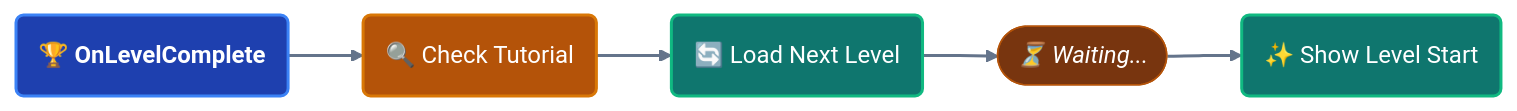
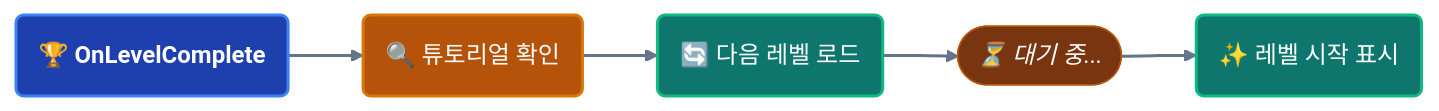
One commit to tinygiants-tech/TinyGiants changed the sixth of 6 diagrams in i18n/ko/docusaurus-plugin-content-docs/current/game-event-system/flow-graph/game-event-node-behavior.md. Above: the diagram before and after it, drawn with Mermaid. The commit also changed other lines of this file and 81 other files, not shown here.

````diff
--- a/i18n/ko/docusaurus-plugin-content-docs/current/game-event-system/flow-graph/game-event-node-behavior.md
+++ b/i18n/ko/docusaurus-plugin-content-docs/current/game-event-system/flow-graph/game-event-node-behavior.md
@@ -563,31 +554,20 @@
 ```mermaid
 graph LR
-    %% 节点定义：保持实心配色，增加亮色边框适配黑白模式
     A("🏆 OnLevelComplete"):::event
-    B("🔍 Check Tutorial"):::cond
-    C("🔄 Load Next Level"):::action
-    D(["⏳ Waiting..."]):::wait
-    E("✨ Show Level Start"):::action
+    B("🔍 튜토리얼 확인"):::cond
+    C("🔄 다음 레벨 로드"):::action
+    D(["⏳ 대기 중..."]):::wait
+    E("✨ 레벨 시작 표시"):::action
 
-    %% 串行路径：将元数据(条件/时间)放在连线上
     A --> B
     B --> C
     C --> D
     D --> E
 
-    %% --- 样式定义 (保持实心质感) ---
-    %% Event: 深蓝
     classDef event fill:#1e40af,stroke:#3b82f6,stroke-width:2px,color:#ffffff,font-weight:bold
-    
-    %% Condition: 琥珀色
     classDef cond fill:#b45309,stroke:#d97706,stroke-width:2px,color:#ffffff
-    
-    %% Action: 深绿
     classDef action fill:#0f766e,stroke:#10b981,stroke-width:2px,color:#ffffff
-    
-    %% Wait: 虚线胶囊感，代表中间态
     classDef wait fill:#78350f,stroke:#b45309,stroke-width:1px,color:#ffffff,font-style:italic
 
-    %% 连线：中性灰，在黑白主题下表现稳定
     linkStyle default stroke:#64748b,stroke-width:2px,color:#64748b,font-size:11px
 ```
````
